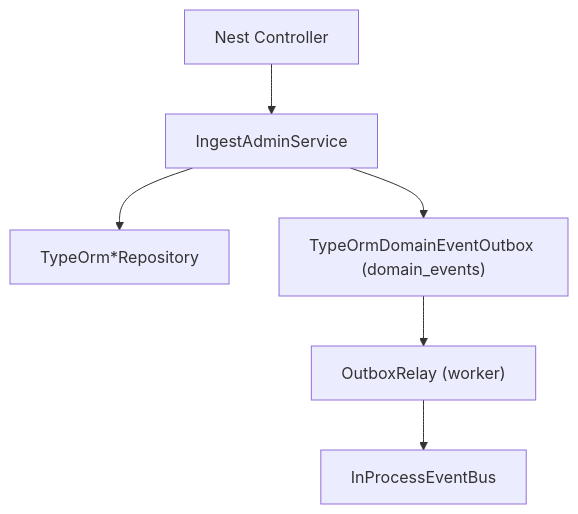
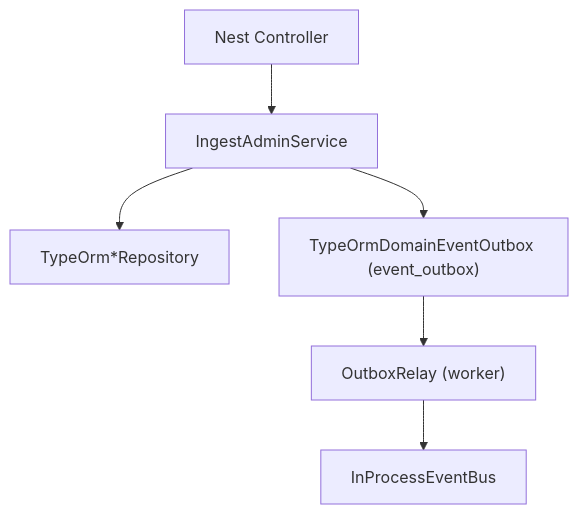
Before and after one commit to exclusiveLogin/radar: the fourth of 4 diagrams in docs/architecture-layers-and-wiring.md, drawn with Mermaid. The commit also changed other lines of this file and 312 other files, not shown here.

````diff
--- a/docs/architecture-layers-and-wiring.md
+++ b/docs/architecture-layers-and-wiring.md
@@ -143,8 +143,8 @@
 ```mermaid
 flowchart TB
   Controller["Nest Controller"] --> Service["IngestAdminService"]
   Service --> Repo["TypeOrm*Repository"]
-  Service --> Outbox["TypeOrmDomainEventOutbox (domain_events)"]
+  Service --> Outbox["TypeOrmDomainEventOutbox (event_outbox)"]
   Outbox --> Relay["OutboxRelay (worker)"]
   Relay --> Bus["InProcessEventBus"]
 ```
````
